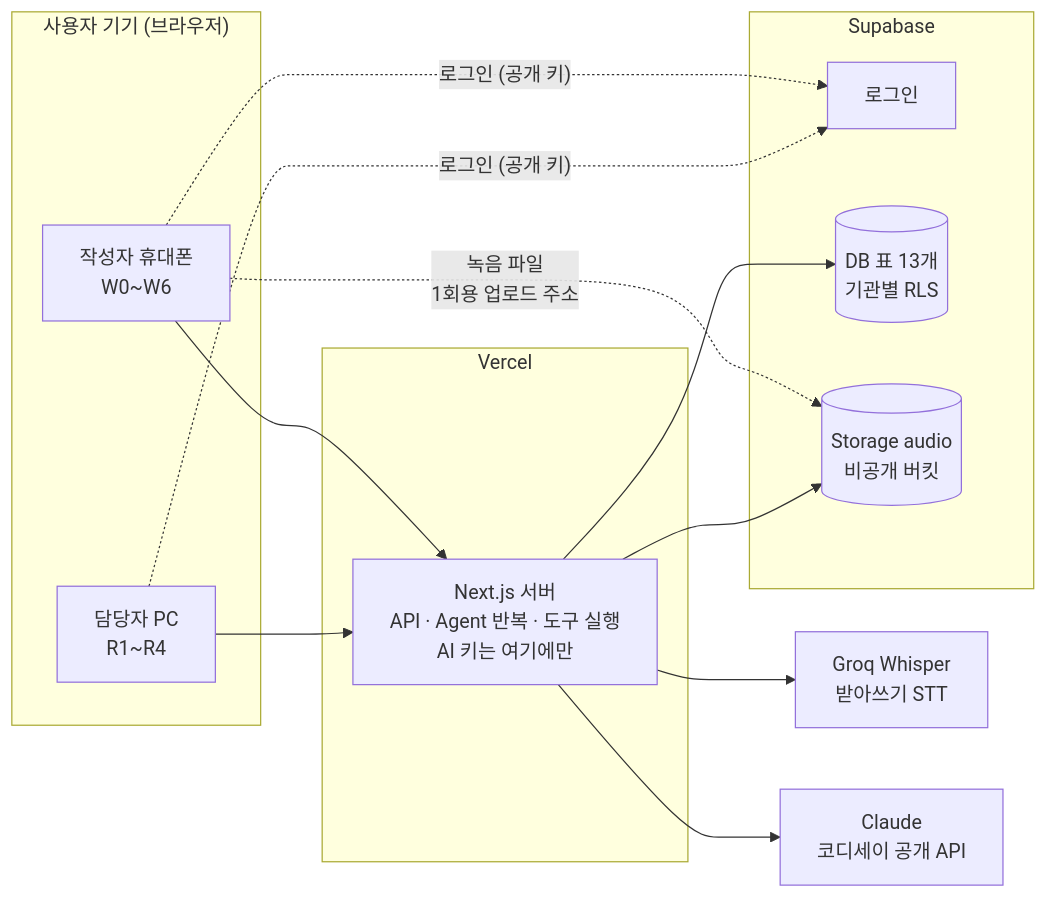
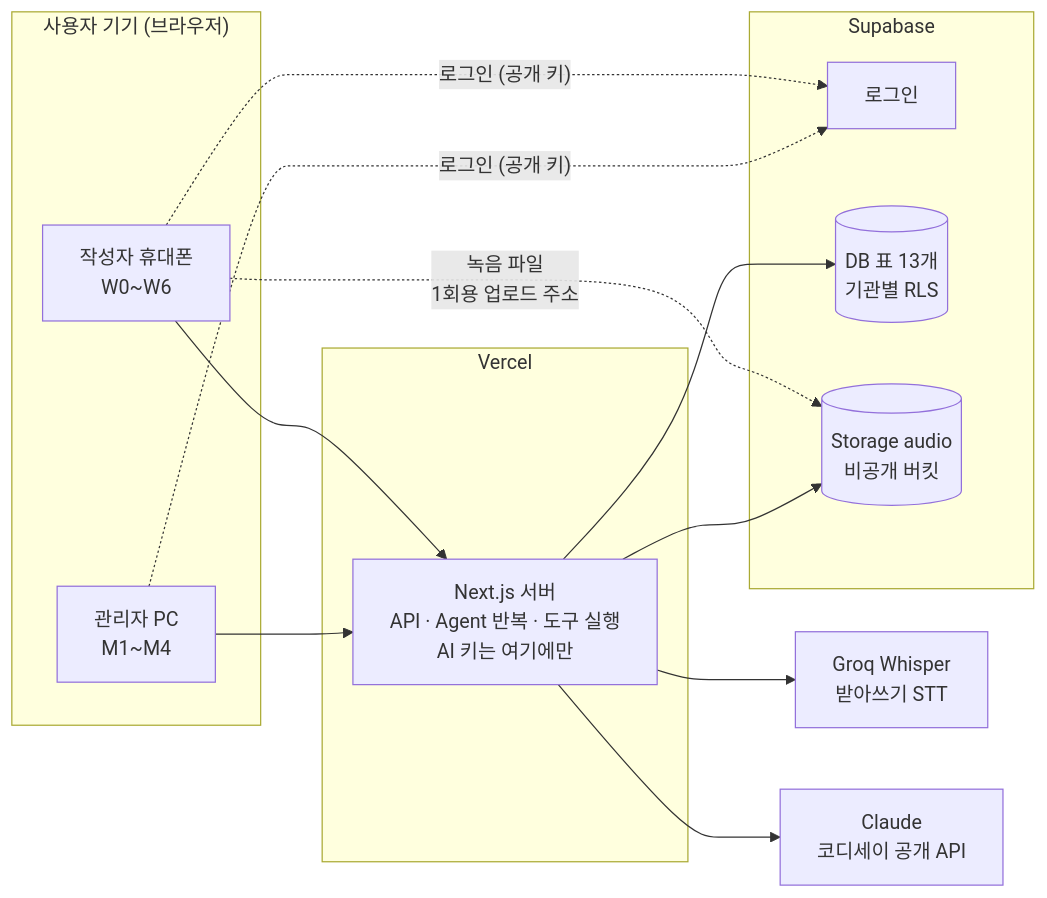
One commit to 2dion/CareBridge changed the first of 2 diagrams in 문서/설계/기술선택-v1.1.md. Above: the diagram before and after it, drawn with Mermaid. The commit also changed other lines of this file and 11 other files, not shown here.

````diff
--- a/문서/설계/기술선택-v1.1.md
+++ b/문서/설계/기술선택-v1.1.md
@@ -63,26 +66,26 @@
 ```mermaid
 flowchart LR
   subgraph device["사용자 기기 (브라우저)"]
     W["작성자 휴대폰<br/>W0~W6"]
-    R["담당자 PC<br/>R1~R4"]
+    R["관리자 PC<br/>M1~M4"]
   end
   subgraph vercel["Vercel"]
     S["Next.js 서버<br/>API · Agent 반복 · 도구 실행<br/>AI 키는 여기에만"]
   end
   subgraph supa["Supabase"]
     AU["로그인"]
     DB[("DB 표 13개<br/>기관별 RLS")]
     ST[("Storage audio<br/>비공개 버킷")]
   end
   G["Groq Whisper<br/>받아쓰기 STT"]
   C["Claude<br/>코디세이 공개 API"]
   W --> S
   R --> S
   W -. "로그인 (공개 키)" .-> AU
   R -. "로그인 (공개 키)" .-> AU
   W -. "녹음 파일<br/>1회용 업로드 주소" .-> ST
   S --> DB
   S --> ST
   S --> G
   S --> C
 ```
````
